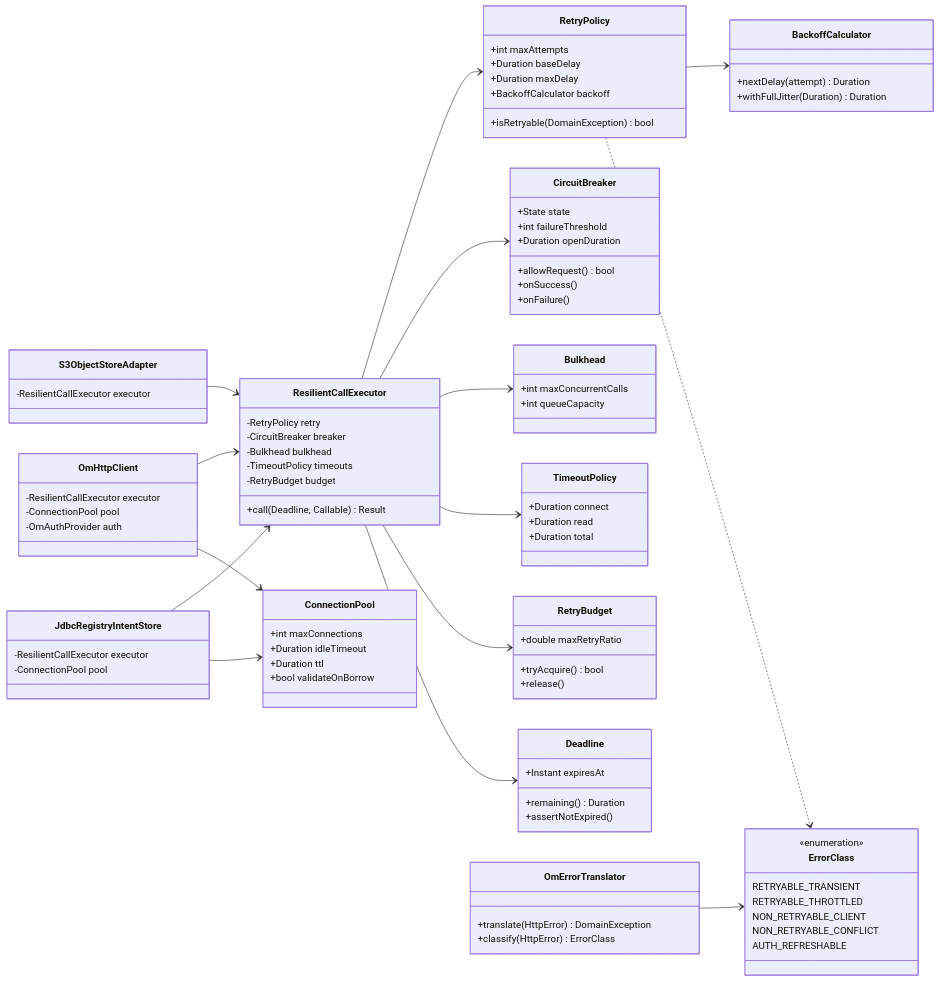
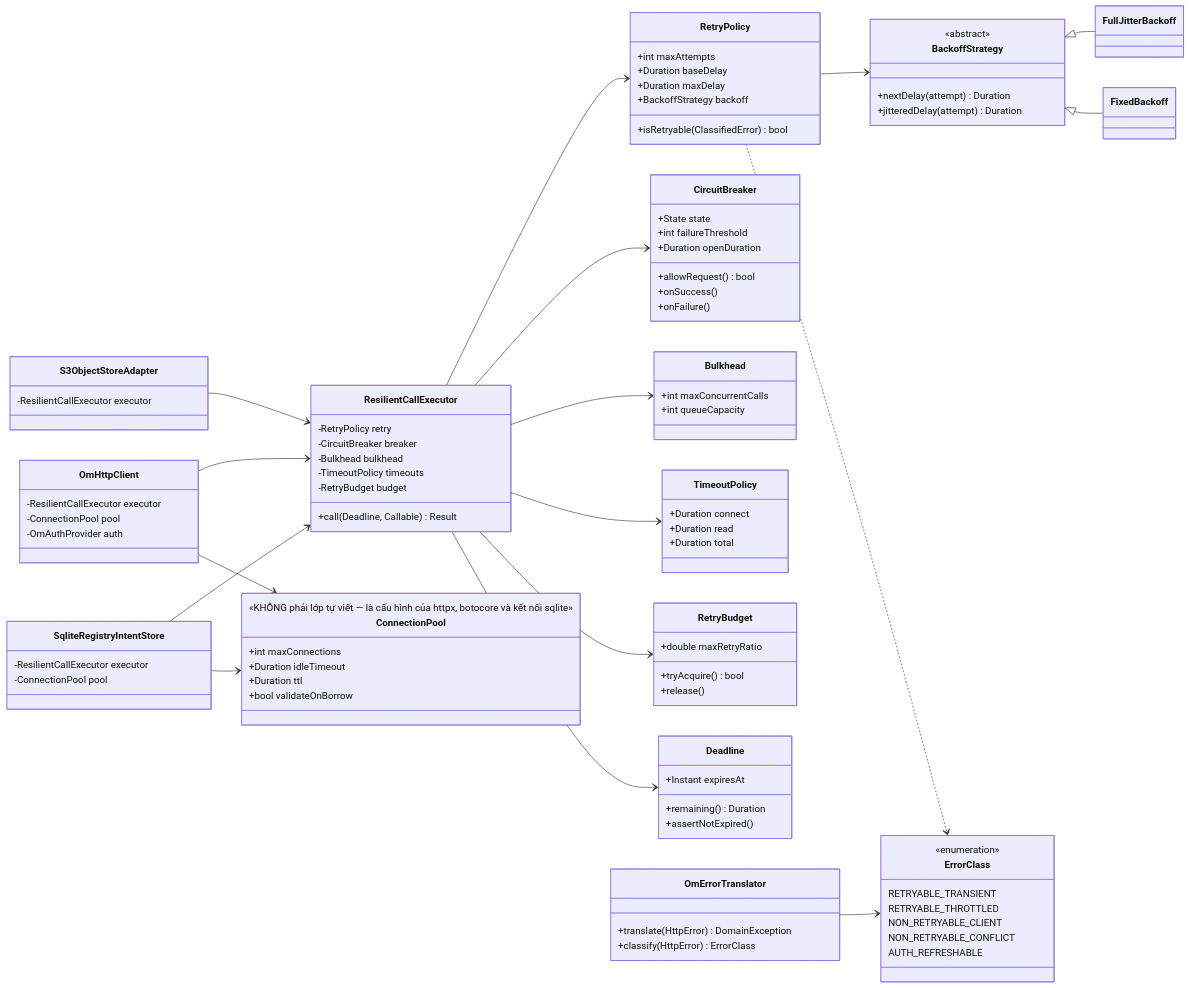
Before and after one commit to Phanlacan12/raw-storage: diagram 11 of 14 in docs/c4-04b-code-structure.md, drawn with Mermaid. The commit also changed other lines of this file and 12 other files, not shown here.

````diff
--- a/docs/c4-04b-code-structure.md
+++ b/docs/c4-04b-code-structure.md
@@ -918,13 +954,16 @@
         +int maxAttempts
         +Duration baseDelay
         +Duration maxDelay
-        +BackoffCalculator backoff
-        +isRetryable(DomainException) bool
+        +BackoffStrategy backoff
+        +isRetryable(ClassifiedError) bool
     }
-    class BackoffCalculator {
+    class BackoffStrategy {
+        <<abstract>>
         +nextDelay(attempt) Duration
-        +withFullJitter(Duration) Duration
+        +jitteredDelay(attempt) Duration
     }
+    class FullJitterBackoff
+    class FixedBackoff
     class RetryBudget {
         +double maxRetryRatio
         +tryAcquire() bool
@@ -973,11 +1012,12 @@
     class S3ObjectStoreAdapter {
         -ResilientCallExecutor executor
     }
-    class JdbcRegistryIntentStore {
+    class SqliteRegistryIntentStore {
         -ResilientCallExecutor executor
         -ConnectionPool pool
     }
     class ConnectionPool {
+        <<KHÔNG phải lớp tự viết — là cấu hình của httpx, botocore và kết nối sqlite>>
         +int maxConnections
         +Duration idleTimeout
         +Duration ttl
@@ -990,12 +1030,14 @@
     ResilientCallExecutor --> TimeoutPolicy
     ResilientCallExecutor --> RetryBudget
     ResilientCallExecutor --> Deadline
-    RetryPolicy --> BackoffCalculator
+    RetryPolicy --> BackoffStrategy
+    BackoffStrategy <|-- FullJitterBackoff
+    BackoffStrategy <|-- FixedBackoff
     RetryPolicy ..> ErrorClass
     OmErrorTranslator --> ErrorClass
     OmHttpClient --> ResilientCallExecutor
     OmHttpClient --> ConnectionPool
     S3ObjectStoreAdapter --> ResilientCallExecutor
-    JdbcRegistryIntentStore --> ResilientCallExecutor
-    JdbcRegistryIntentStore --> ConnectionPool
+    SqliteRegistryIntentStore --> ResilientCallExecutor
+    SqliteRegistryIntentStore --> ConnectionPool
 ```
````
